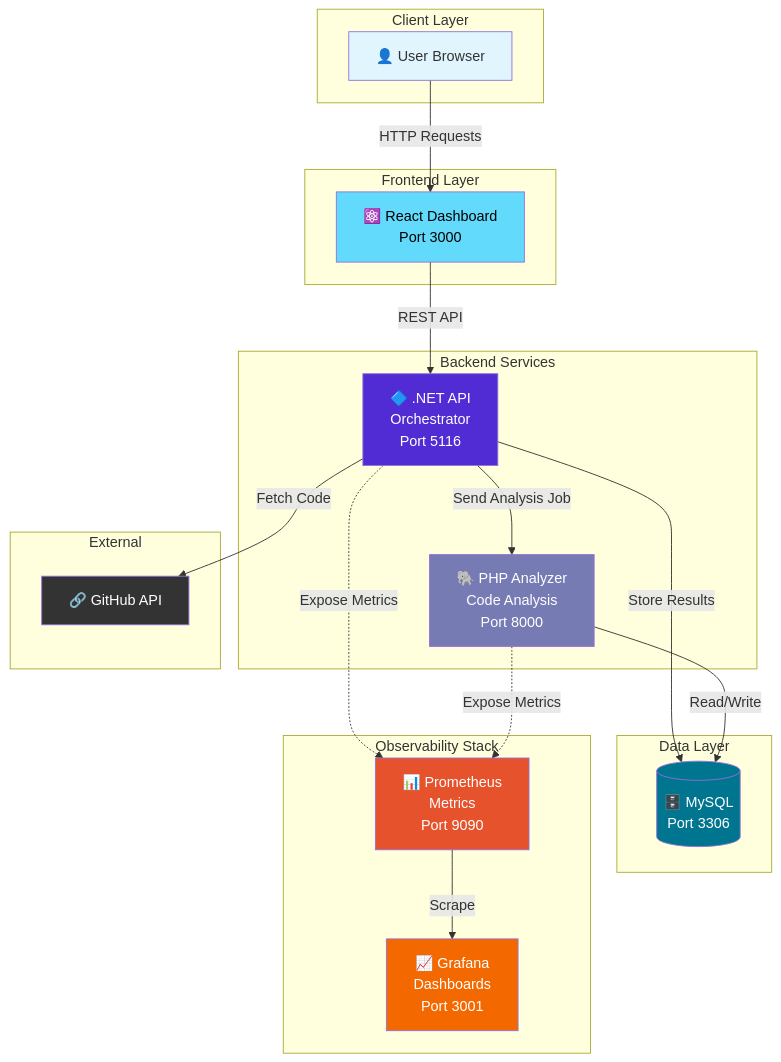
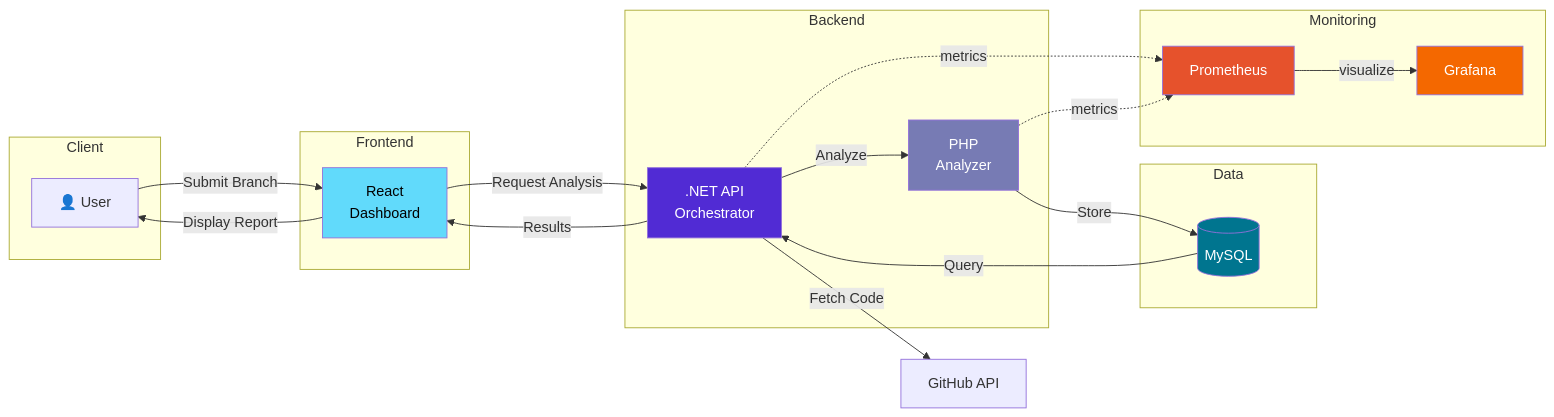
Before and after one commit to Taha7486/Review_Code: the diagram in README.md, drawn with Mermaid. The commit also changed other lines of this file, not shown here.

Commit message:
docs: add system architecture

````diff
--- a/README.md
+++ b/README.md
@@ -36,47 +36,46 @@
 ```mermaid
-graph TB
-    subgraph "Client Layer"
-        A[👤 User Browser]
+graph LR
+    subgraph Client
+        A[👤 User]
     end
     
-    subgraph "Frontend Layer"
-        B[⚛️ React Dashboard<br/>Port 3000]
+    subgraph Frontend
+        B[React<br/>Dashboard]
     end
     
-    subgraph "Backend Services"
-        C[🔷 .NET API<br/>Orchestrator<br/>Port 5116]
-        D[🐘 PHP Analyzer<br/>Code Analysis<br/>Port 8000]
+    subgraph Backend
+        C[.NET API<br/>Orchestrator]
+        D[PHP<br/>Analyzer]
     end
     
-    subgraph "Data Layer"
-        E[(🗄️ MySQL<br/>Port 3306)]
+    subgraph Data
+        E[(MySQL)]
     end
     
-    subgraph "Observability Stack"
-        F[📊 Prometheus<br/>Metrics<br/>Port 9090]
-        G[📈 Grafana<br/>Dashboards<br/>Port 3001]
+    subgraph Monitoring
+        F[Prometheus]
+        G[Grafana]
     end
     
-    subgraph "External"
-        H[🔗 GitHub API]
-    end
+    H[GitHub API]
 
-    A -->|HTTP Requests| B
-    B -->|REST API| C
+    A -->|Submit Branch| B
+    B -->|Request Analysis| C
     C -->|Fetch Code| H
-    C -->|Send Analysis Job| D
-    C -->|Store Results| E
-    D -->|Read/Write| E
-    C -.->|Expose Metrics| F
-    D -.->|Expose Metrics| F
-    F -->|Scrape| G
+    C -->|Analyze| D
+    D -->|Store| E
+    E -->|Query| C
+    C -->|Results| B
+    B -->|Display Report| A
     
-    style A fill:#e1f5ff
+    C -.->|metrics| F
+    D -.->|metrics| F
+    F -->|visualize| G
+    
     style B fill:#61dafb,color:#000
     style C fill:#512bd4,color:#fff
     style D fill:#777bb4,color:#fff
     style E fill:#00758f,color:#fff
     style F fill:#e6522c,color:#fff
     style G fill:#f46800,color:#fff
-    style H fill:#333,color:#fff
 ```
````
